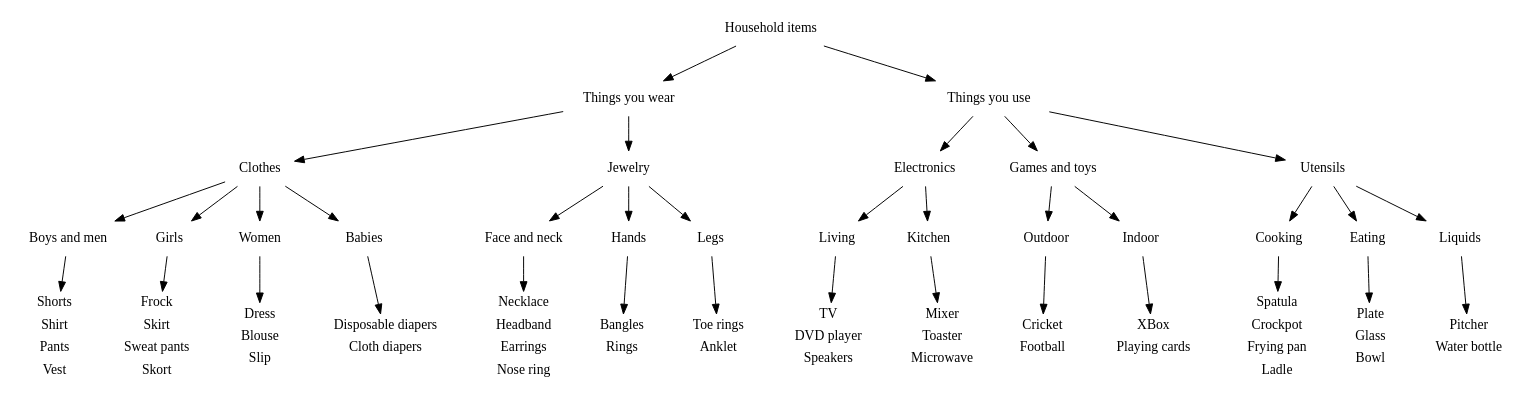
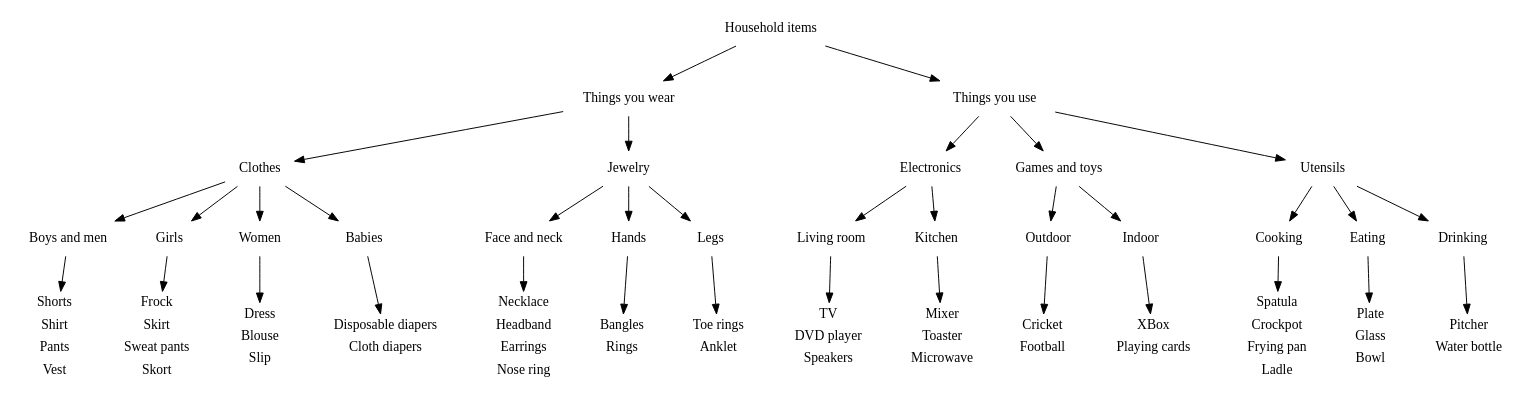
One commit to CSE512-14W/fp-adityav-sudars changed the diagram in deepHierarchy.dot. Above: the diagram before and after it, drawn with Graphviz. The commit also changed 1 other file, not shown here.

Commit message:
changed living to living room and liquids to drinking.

```diff
--- a/deepHierarchy.dot
+++ b/deepHierarchy.dot
@@ -1,81 +1,81 @@
 digraph G {
     items [shape=plaintext, label="Household items"];
     things_you_wear [shape=plaintext, label="Things you wear"];
     things_you_use [shape=plaintext, label="Things you use"];
     /* LEVEL 1 */
     items -> things_you_wear;
     items -> things_you_use;
     /* LEVEL 2*/
     /* definitions */
     clothes [shape=plaintext, label="Clothes"];
     jewelry [shape=plaintext, label="Jewelry"];
     electronics [shape=plaintext, label="Electronics"];
     games_and_toys [shape=plaintext, label="Games and toys"];
     utensils [shape=plaintext, label="Utensils"];
     /* connections */
     things_you_wear -> clothes;
     things_you_wear -> jewelry;
     things_you_use -> electronics;
     things_you_use -> games_and_toys;
     things_you_use -> utensils;
     /* LEVEL 3 */
     boys_and_men [shape=plaintext, label="Boys and men"];
     girls [shape=plaintext, label="Girls"];
     women [shape=plaintext, label="Women"];
     babies [shape=plaintext, label="Babies"];
     face_and_neck [shape=plaintext, label="Face and neck"];
     hands [shape=plaintext, label="Hands"];
     legs [shape=plaintext, label="Legs"];
-    living [shape=plaintext, label="Living"];
+    living [shape=plaintext, label="Living room"];
     kitchen [shape=plaintext, label="Kitchen"];
     outdoor [shape=plaintext, label="Outdoor"];
     indoor [shape=plaintext, label="Indoor"];
     cooking [shape=plaintext, label="Cooking"];
     eating [shape=plaintext, label="Eating"];
-    liquids [shape=plaintext, label="Liquids"];
+    liquids [shape=plaintext, label="Drinking"];
     /* connections */
     clothes -> boys_and_men;
     clothes -> girls;
     clothes -> women;
     clothes -> babies;
     jewelry -> face_and_neck;
     jewelry -> hands;
     jewelry -> legs;
     electronics -> living;
     electronics -> kitchen;
     games_and_toys -> outdoor;
     games_and_toys -> indoor;
     utensils -> cooking;
     utensils -> eating;
     utensils -> liquids;
     /* LEVEL 4 */
     boys_and_men_items [shape=record, color=white, label="{Shorts | Shirt | Pants | Vest }"];
     boys_and_men -> boys_and_men_items;
     girls_items [shape=record, color=white, label="{Frock | Skirt | Sweat\ pants | Skort }"];
     girls -> girls_items;
     women_items [shape=record, color=white, label="{Dress | Blouse | Slip }"];
     women -> women_items;
     babies_items [shape=record, color=white, label="{Disposable\ diapers | Cloth\ diapers }"];
     babies -> babies_items;
     face_and_neck_items [shape=record, color=white, label="{Necklace | Headband | Earrings | Nose\ ring }"];
     face_and_neck -> face_and_neck_items;
     hands_items [shape=record, color=white, label="{Bangles | Rings }"];
     hands -> hands_items;
     legs_items [shape=record, color=white, label="{Toe\ rings | Anklet }"];
     legs -> legs_items;
     living_items [shape=record, color=white, label="{TV | DVD\ player | Speakers }"];
     living -> living_items;
     kitchen_items [shape=record, color=white, label="{Mixer | Toaster | Microwave }"];
     kitchen -> kitchen_items;
     outdoor_items [shape=record, color=white, label="{Cricket | Football }"];
     outdoor -> outdoor_items;
     indoor_items [shape=record, color=white, label="{XBox | Playing\ cards }"];
     indoor -> indoor_items;
     cooking_items [shape=record, color=white, label="{Spatula | Crockpot | Frying\ pan | Ladle }"];
     cooking -> cooking_items;
     eating_items [shape=record, color=white, label="{Plate | Glass | Bowl }"];
     eating -> eating_items;
     liquids_items [shape=record, color=white, label="{Pitcher | Water\ bottle }"];
     liquids -> liquids_items;
     
 }
```
